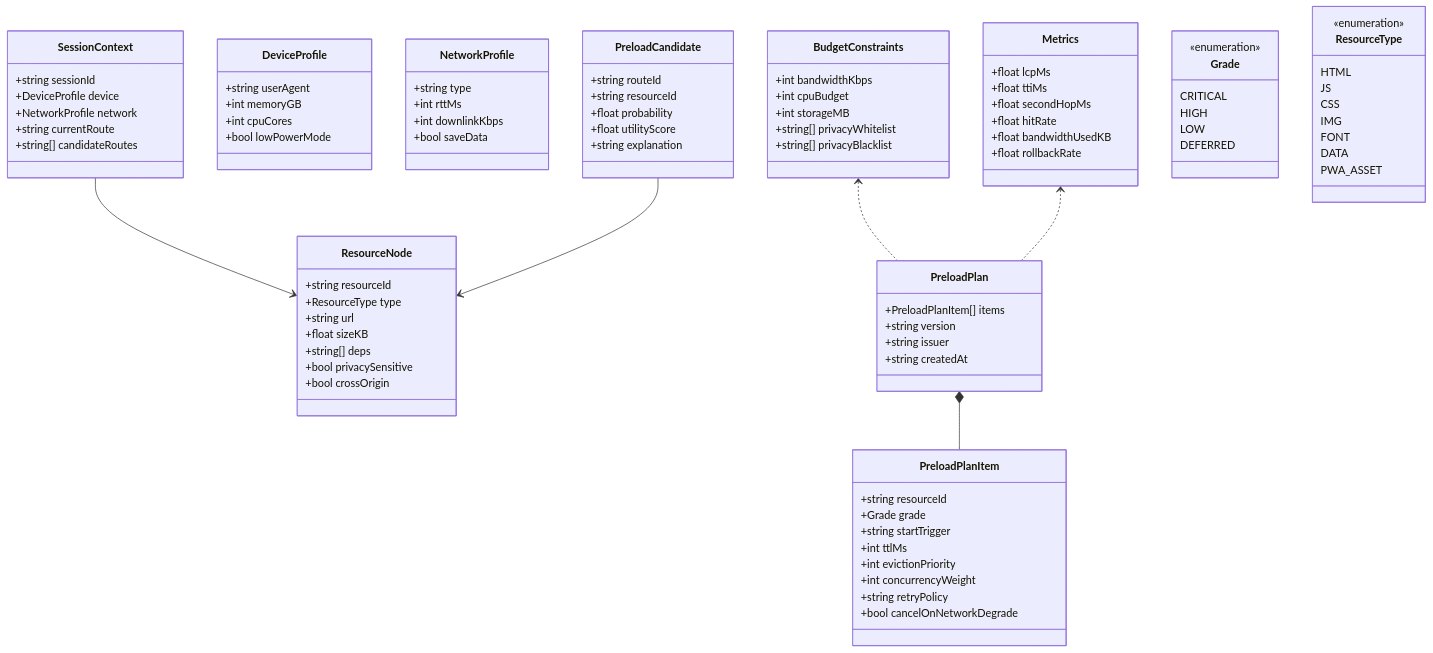
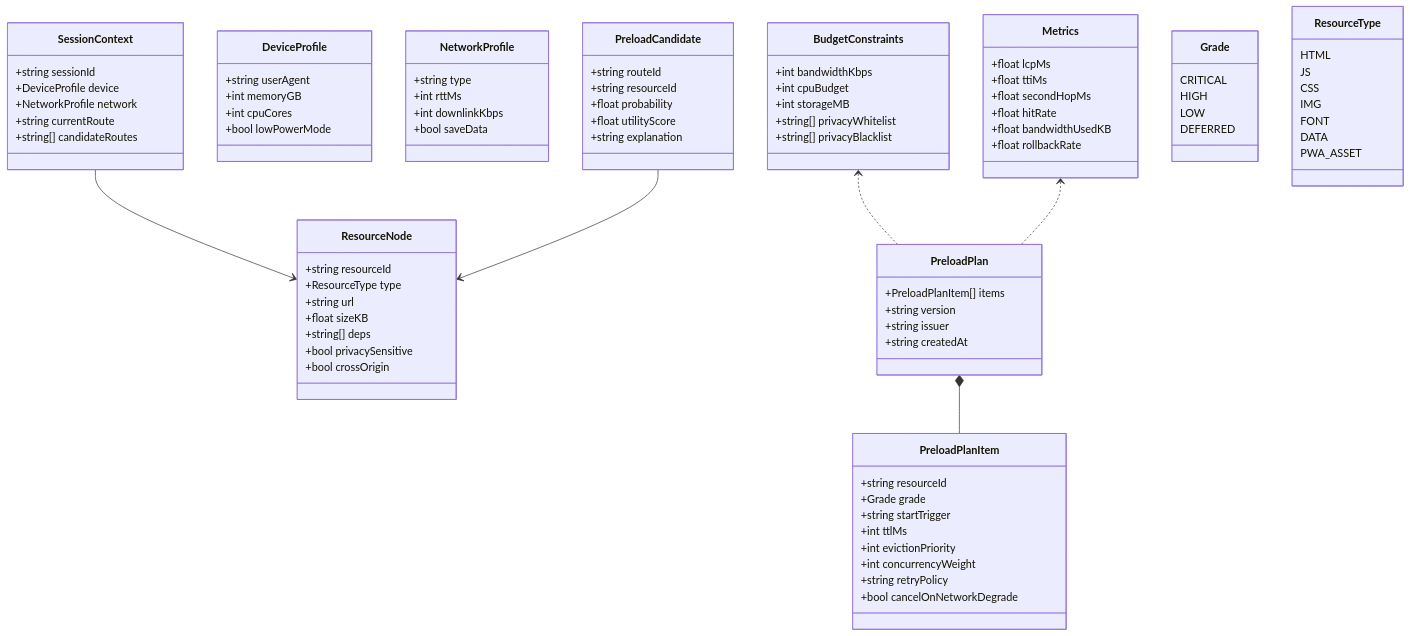
Before and after one commit to pigiysou147/softwareExam: the fifth of 5 diagrams in docs/patent/disclosure-routing-prefetch.md, drawn with Mermaid. The commit also changed other lines of this file and 6027 other files, not shown here.

```diff
--- a/docs/patent/disclosure-routing-prefetch.md
+++ b/docs/patent/disclosure-routing-prefetch.md
@@ -239,14 +247,14 @@
     +float rollbackRate
   }
 
-  class Grade <<enumeration>> {
+  class Grade {
     CRITICAL
     HIGH
     LOW
     DEFERRED
   }
 
-  class ResourceType <<enumeration>> {
+  class ResourceType {
     HTML
     JS
     CSS
```
